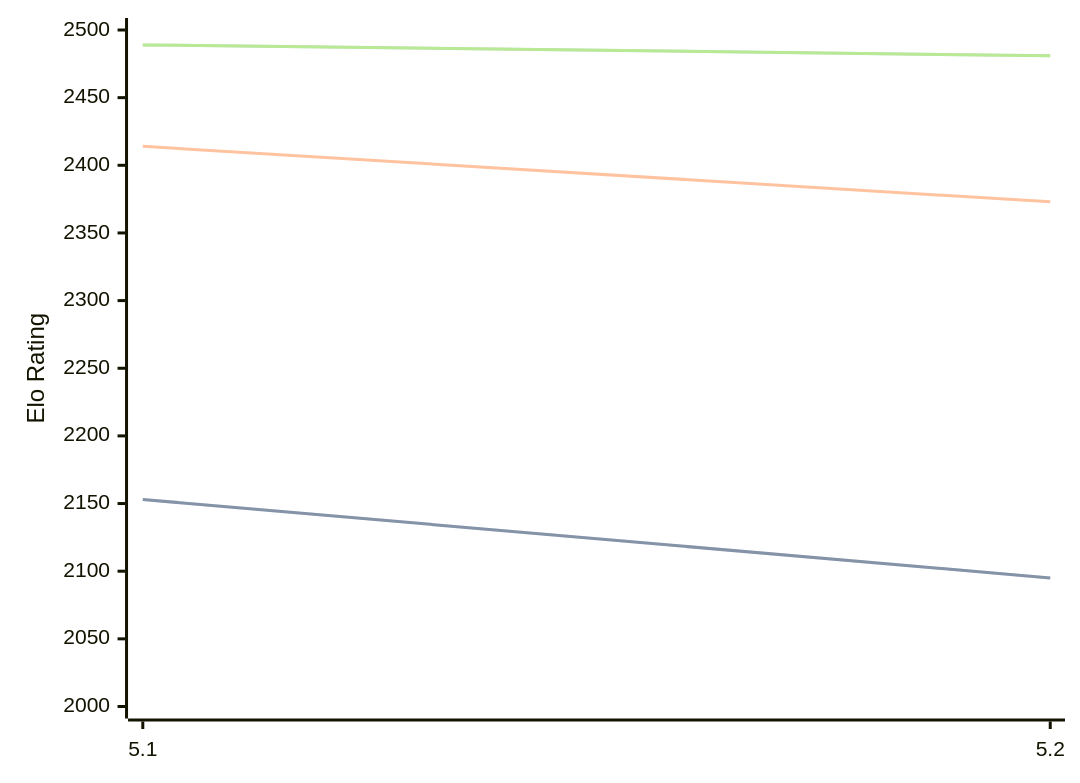
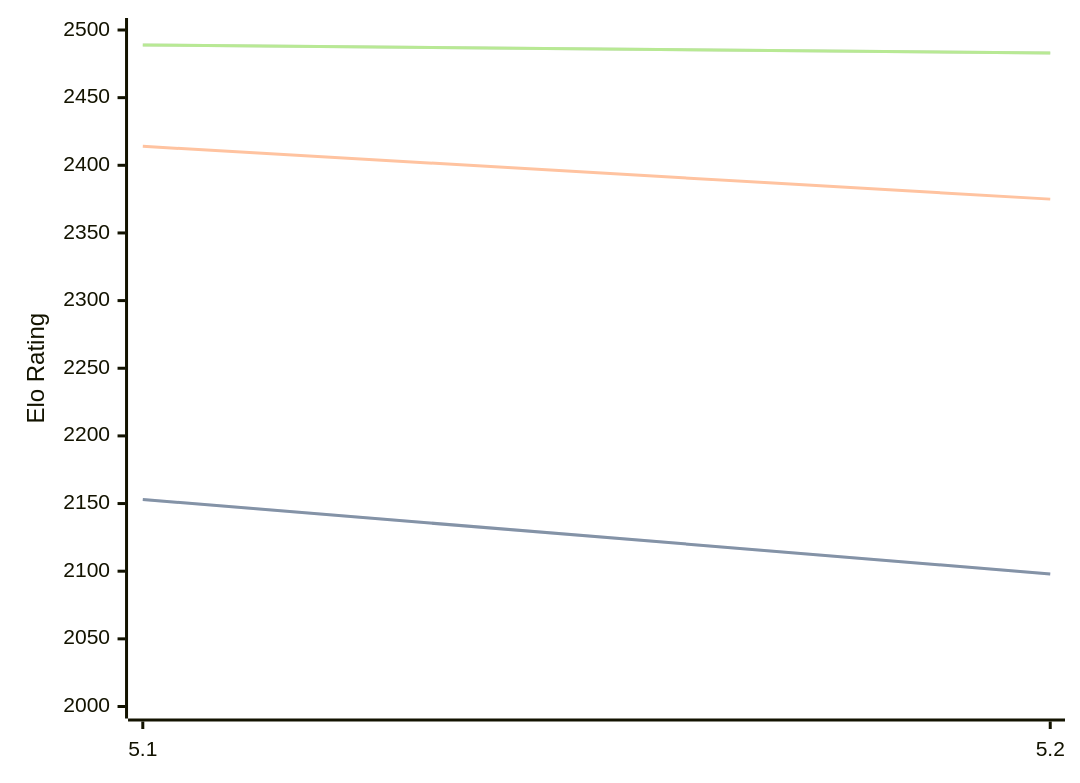
Before and after one commit to computer-chess-index/cci: the diagram in engines/Prophet.md, drawn with Mermaid. The commit also changed other lines of this file, not shown here.

Commit message:
Update CCI Ratings (ELO VLTC) - 2026-08-05

````diff
--- a/engines/Prophet.md
+++ b/engines/Prophet.md
@@ -38,11 +38,11 @@
 ```mermaid
 %%{init: {"theme":"base","themeVariables":{"seriesColors:['#a3a3a3','#222221','#faa371']}}}%%
 xychart-beta
   x-axis ["5.1", "5.2"]
   y-axis "Elo Rating" 2000 --> 2500
-  line "STC (8.0+0.08s)" [2153, 2095]
-  line "STC (8.0+0.08s)" [2153, 2095]
-  line "LTC (60.0+0.60s)" [2414, 2373]
-  line "VLTC (2m24s+1.12s)" [2489, 2481]
-  line "VLTC (2m24s+1.12s)" [2489, 2481]
+  line "STC (8.0+0.08s)" [2153, 2098]
+  line "STC (8.0+0.08s)" [2153, 2098]
+  line "LTC (60.0+0.60s)" [2414, 2375]
+  line "VLTC (2m24s+1.12s)" [2489, 2483]
+  line "VLTC (2m24s+1.12s)" [2489, 2483]
 ```
````
